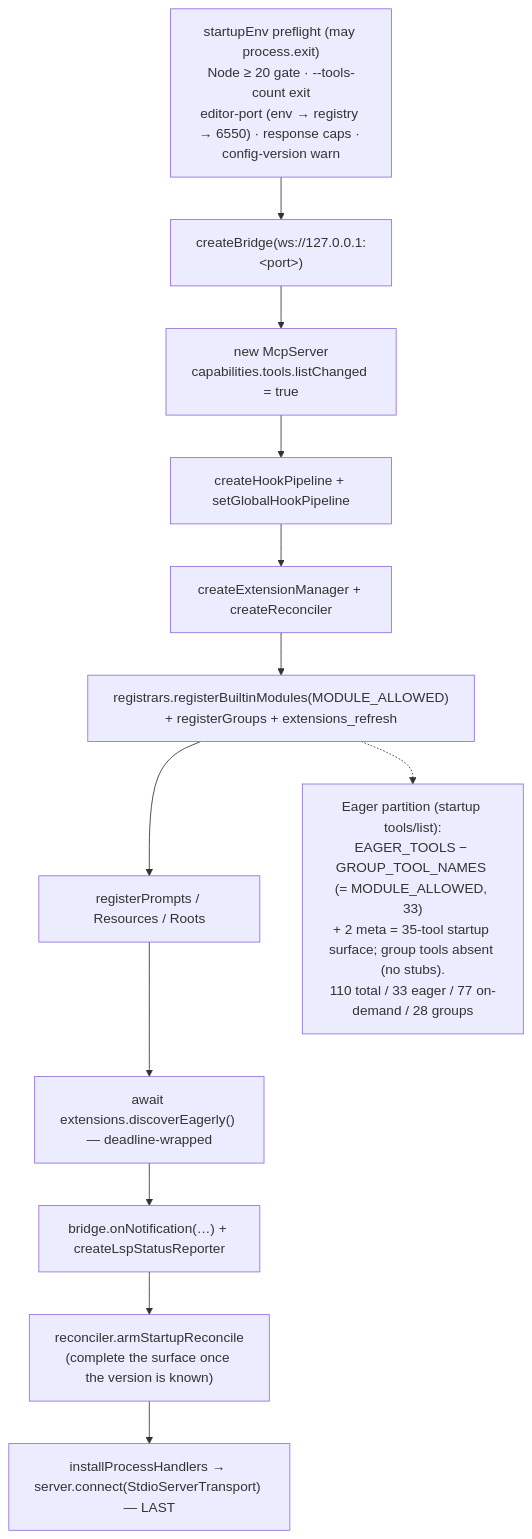
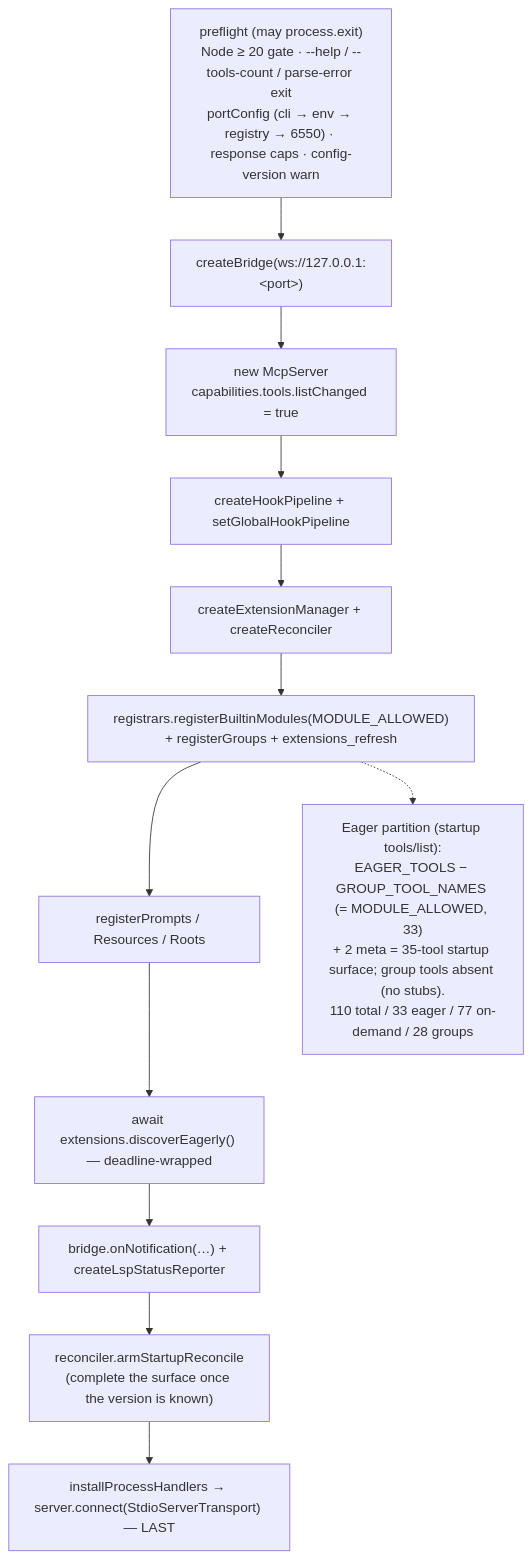
One commit to NPGameDev/godot-mcp-server changed the third of 13 diagrams in docs/architecture/README.md. Above: the diagram before and after it, drawn with Mermaid. The commit also changed other lines of this file and 33 other files, not shown here.

First line of the commit message:
feat(config): CLI port flags + shared resolution (CLI>env>discovery) + fail-fast desync cross-check

````diff
--- a/docs/architecture/README.md
+++ b/docs/architecture/README.md
@@ -197,17 +198,17 @@
 ```mermaid
 flowchart TD
-    pre["startupEnv preflight (may process.exit)<br/>Node ≥ 20 gate · --tools-count exit<br/>editor-port (env → registry → 6550) · response caps · config-version warn"]
+    pre["preflight (may process.exit)<br/>Node ≥ 20 gate · --help / --tools-count / parse-error exit<br/>portConfig (cli → env → registry → 6550) · response caps · config-version warn"]
     bridge["createBridge(ws://127.0.0.1:&lt;port&gt;)"]
     srv["new McpServer<br/>capabilities.tools.listChanged = true"]
     hooks["createHookPipeline + setGlobalHookPipeline"]
     subsys["createExtensionManager + createReconciler"]
     reg["registrars.registerBuiltinModules(MODULE_ALLOWED)<br/>+ registerGroups + extensions_refresh"]
     mcpcap["registerPrompts / Resources / Roots"]
     eager["await extensions.discoverEagerly() — deadline-wrapped"]
     notif["bridge.onNotification(…) + createLspStatusReporter"]
     recon["reconciler.armStartupReconcile<br/>(complete the surface once the version is known)"]
     conn["installProcessHandlers → server.connect(StdioServerTransport) — LAST"]
     pre --> bridge --> srv --> hooks --> subsys --> reg --> mcpcap --> eager --> notif --> recon --> conn
     part["Eager partition (startup tools/list):<br/>EAGER_TOOLS − GROUP_TOOL_NAMES (= MODULE_ALLOWED, 33)<br/>+ 2 meta = 35-tool startup surface; group tools absent (no stubs).<br/>110 total / 33 eager / 77 on-demand / 28 groups"]
     reg -.-> part
 ```
````
